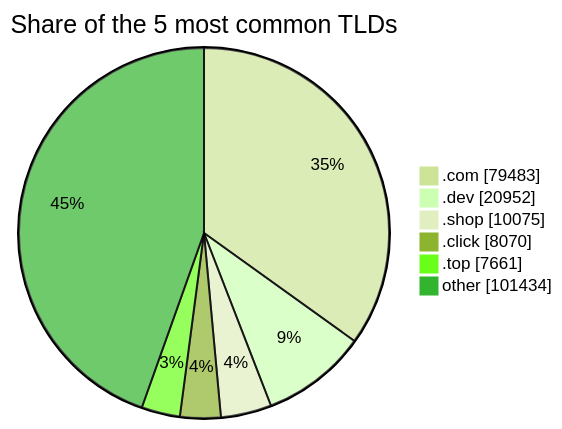
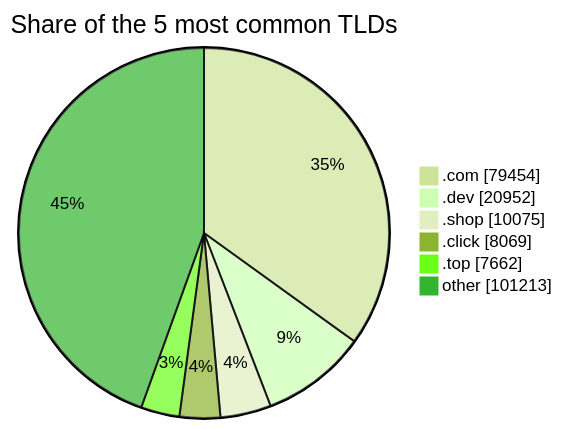
Before and after one commit to DNSBunker/CTI: the third of 3 diagrams in README.md, drawn with Mermaid (forest theme). The commit also changed other lines of this file and 3 other files, not shown here.

````diff
--- a/README.md
+++ b/README.md
@@ -81,9 +81,9 @@
 ```mermaid
 pie showData title Share of the 5 most common TLDs
-    ".com" : 79483
+    ".com" : 79454
     ".dev" : 20952
     ".shop" : 10075
-    ".click" : 8070
-    ".top" : 7661
-    "other" : 101434
+    ".click" : 8069
+    ".top" : 7662
+    "other" : 101213
 ```
````
